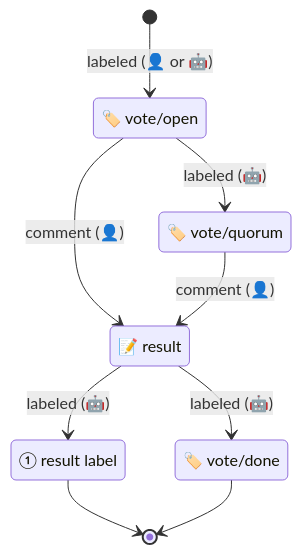
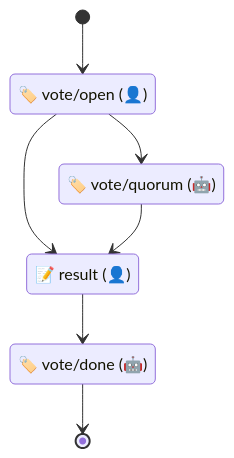
Before and after one commit to commonhaus/automation: the diagram in commonhaus-bot/README.md, drawn with Mermaid. The commit also changed other lines of this file, not shown here.

````diff
--- a/commonhaus-bot/README.md
+++ b/commonhaus-bot/README.md
@@ -94,20 +73,16 @@
 ```mermaid
 stateDiagram-v2
-    vopen: 🏷️ vote/open
-    vquorum: 🏷️ vote/quorum
-    vresult: 📝 result
-    finish: ① result label
-    vdone: 🏷️ vote/done
+    vopen: 🏷️ vote/open (👤)
+    vquorum: 🏷️ vote/quorum (🤖)
+    vresult: 📝 result (👤)
+    vdone: 🏷️ vote/done (🤖)
 
-    [*] --> vopen: labeled (👤 or 🤖)
+    [*] --> vopen
 
-    vopen --> vquorum: labeled (🤖)
-    vopen --> vresult: comment (👤)
-    vquorum --> vresult: comment (👤)
+    vopen --> vquorum
+    vopen --> vresult
+    vquorum --> vresult
     
-    vresult --> vdone: labeled (🤖)
-    vresult --> finish: labeled (🤖)
-    
-    finish --> [*]
+    vresult --> vdone
     vdone --> [*]
 ```
````
